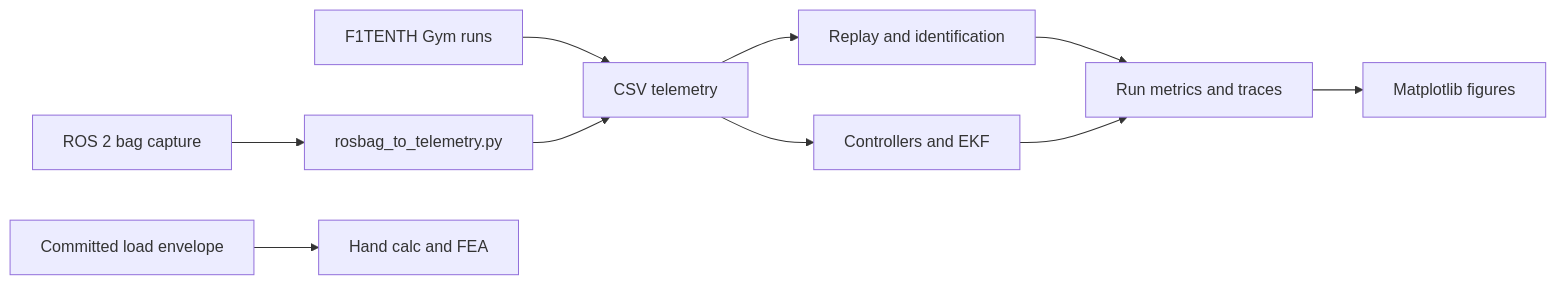
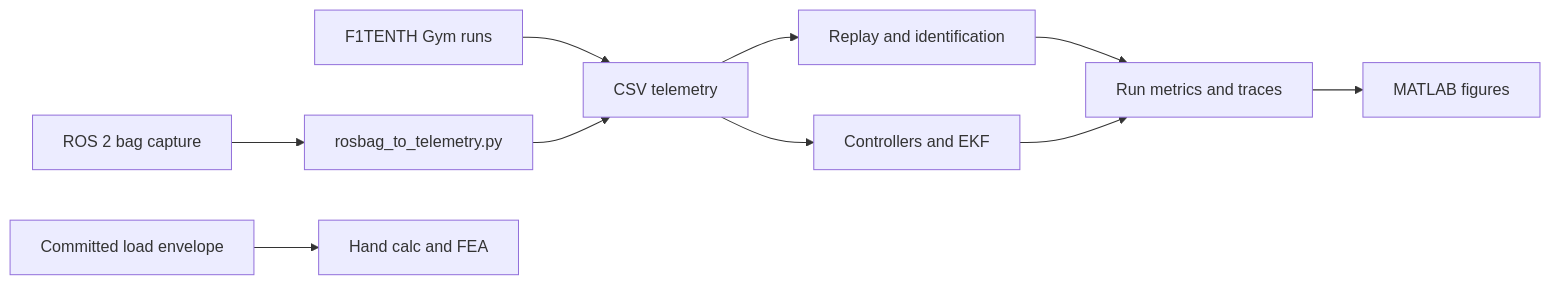
The diagram in docs/data-and-figures.md (500ft/sim-to-real-controller-ranking), drawn with Mermaid before and after one commit. The commit also changed other lines of this file and 158 other files, not shown here.

````diff
--- a/docs/data-and-figures.md
+++ b/docs/data-and-figures.md
@@ -115,12 +140,12 @@
 ```mermaid
 flowchart LR
     GYM[F1TENTH Gym runs] --> CSV[CSV telemetry]
     BAG[ROS 2 bag capture] --> CONVERT[rosbag_to_telemetry.py]
     CONVERT --> CSV
     CSV --> REPLAY[Replay and identification]
     CSV --> CTRL[Controllers and EKF]
     REPLAY --> METRICS[Run metrics and traces]
     CTRL --> METRICS
-    METRICS --> PLOTS[Matplotlib figures]
+    METRICS --> PLOTS[MATLAB figures]
     LOADS[Committed load envelope] --> MAST[Hand calc and FEA]
 ```
````
